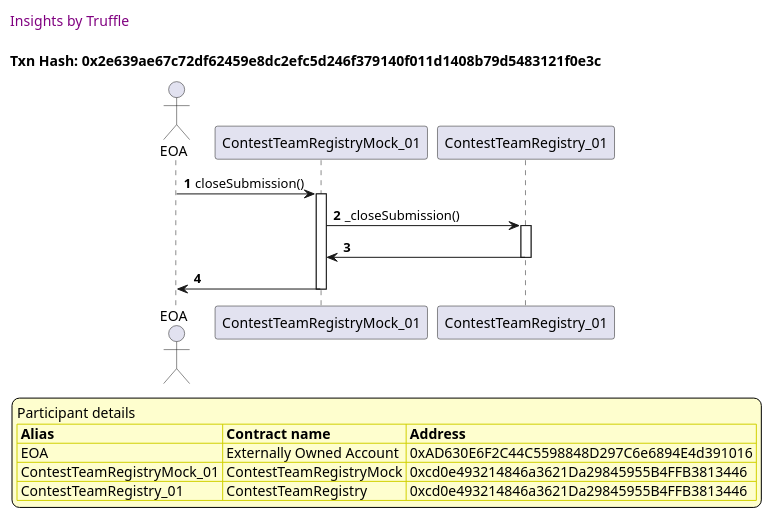
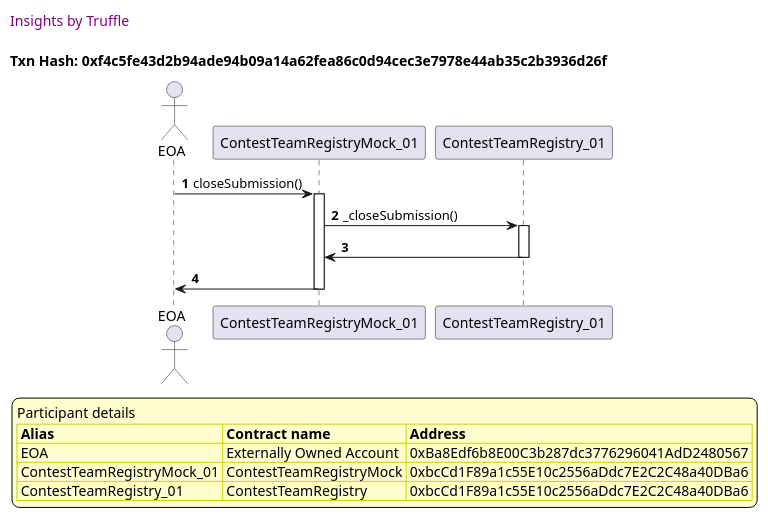
One commit to fodisi/hackapay changed the sixth of 50 diagrams in truffle-seq/core_contestteamregistry.md. Above: the diagram before and after it, drawn with PlantUML. The commit also changed other lines of this file and 10 other files, not shown here.

````diff
--- a/truffle-seq/core_contestteamregistry.md
+++ b/truffle-seq/core_contestteamregistry.md
@@ -245,41 +245,41 @@
 ```plantuml
 
 
 @startuml
 
 autonumber
 skinparam legendBackgroundColor #FEFECE
 
 <style>
       header {
         HorizontalAlignment left
         FontColor purple
         FontSize 14
         Padding 10
       }
     </style>
 
 header Insights by Truffle
 
-title Txn Hash: 0x2e639ae67c72df62459e8dc2efc5d246f379140f011d1408b79d5483121f0e3c
+title Txn Hash: 0xf4c5fe43d2b94ade94b09a14a62fea86c0d94cec3e7978e44ab35c2b3936d26f
 
 
 actor EOA as "EOA"
 participant ContestTeamRegistryMock_01 as "ContestTeamRegistryMock_01"
 participant ContestTeamRegistry_01 as "ContestTeamRegistry_01"
 
 "EOA" -> "ContestTeamRegistryMock_01" ++: closeSubmission()
 "ContestTeamRegistryMock_01" -> "ContestTeamRegistry_01" ++: _closeSubmission()
 "ContestTeamRegistry_01" -> "ContestTeamRegistryMock_01" --: 
 "ContestTeamRegistryMock_01" -> "EOA" --: 
 
 legend
 Participant details
 <#FEFECE,#D0D000>|= Alias |= Contract name |= Address |
-<#FEFECE>| EOA | Externally Owned Account | 0xAD630E6F2C44C5598848D297C6e6894E4d391016 |
-<#FEFECE>| ContestTeamRegistryMock_01 | ContestTeamRegistryMock | 0xcd0e493214846a3621Da29845955B4FFB3813446 |
-<#FEFECE>| ContestTeamRegistry_01 | ContestTeamRegistry | 0xcd0e493214846a3621Da29845955B4FFB3813446 |
+<#FEFECE>| EOA | Externally Owned Account | 0xBa8Edf6b8E00C3b287dc3776296041AdD2480567 |
+<#FEFECE>| ContestTeamRegistryMock_01 | ContestTeamRegistryMock | 0xbcCd1F89a1c55E10c2556aDdc7E2C2C48a40DBa6 |
+<#FEFECE>| ContestTeamRegistry_01 | ContestTeamRegistry | 0xbcCd1F89a1c55E10c2556aDdc7E2C2C48a40DBa6 |
 endlegend
 
 @enduml
 ```
````
